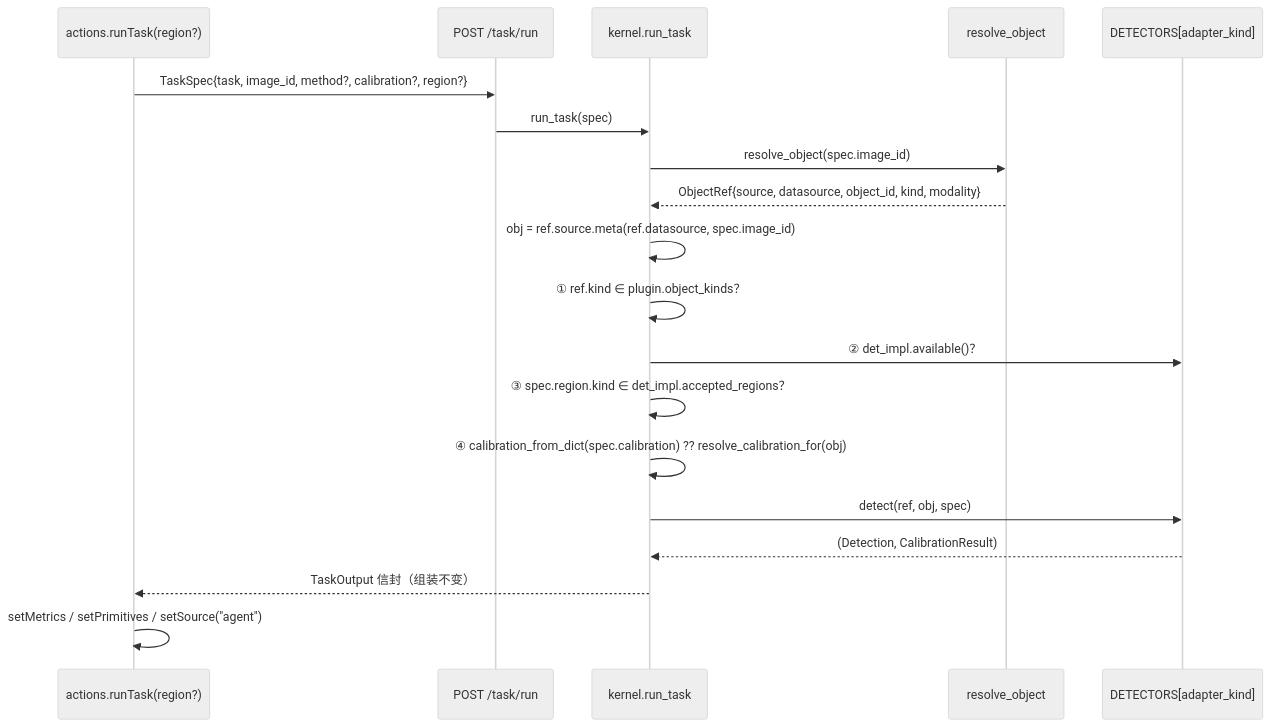
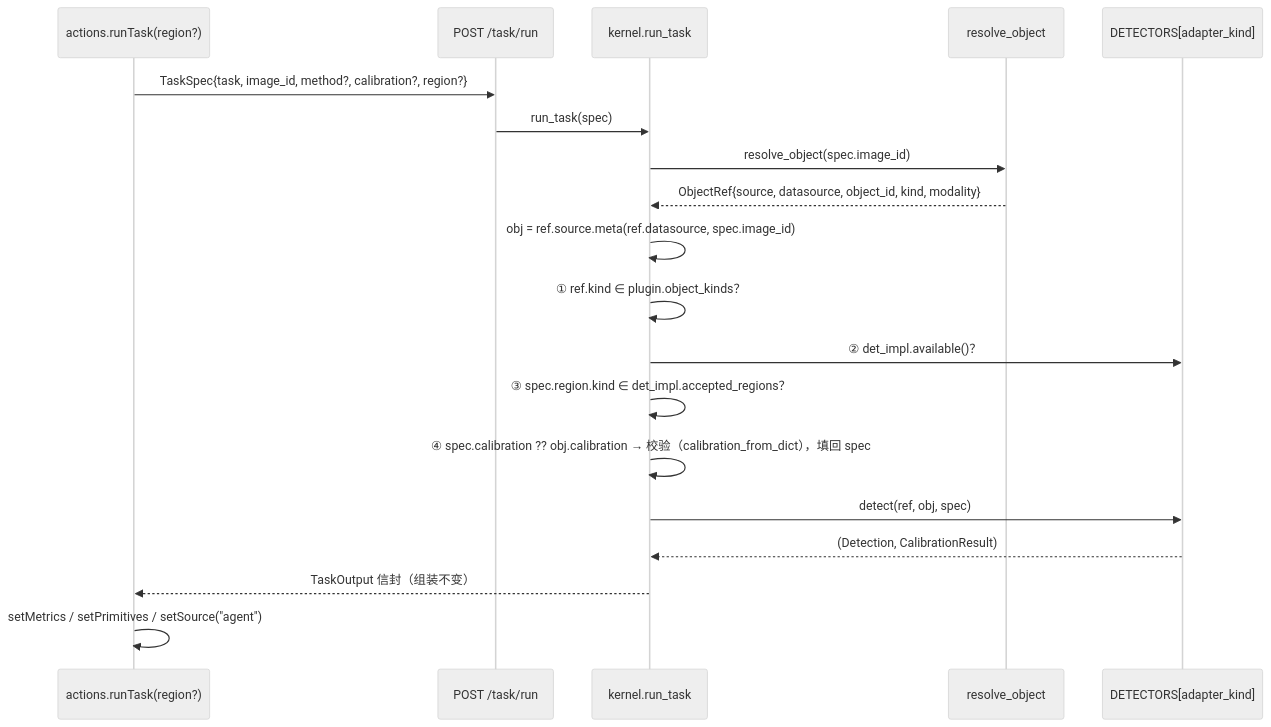
One commit to zhentai-sn/open-glaux changed the third of 6 diagrams in docs/sdd/feats/10-object-convergence/README.md. Above: the diagram before and after it, drawn with Mermaid (neutral theme). The commit also changed other lines of this file and 8 other files, not shown here.

````diff
--- a/docs/sdd/feats/10-object-convergence/README.md
+++ b/docs/sdd/feats/10-object-convergence/README.md
@@ -298,22 +298,22 @@
 ```mermaid
 sequenceDiagram
     participant A as actions.runTask(region?)
     participant B as POST /task/run
     participant K as kernel.run_task
     participant RS as resolve_object
     participant D as DETECTORS[adapter_kind]
 
     A->>B: TaskSpec{task, image_id, method?, calibration?, region?}
     B->>K: run_task(spec)
     K->>RS: resolve_object(spec.image_id)
     RS-->>K: ObjectRef{source, datasource, object_id, kind, modality}
     K->>K: obj = ref.source.meta(ref.datasource, spec.image_id)
     K->>K: ① ref.kind ∈ plugin.object_kinds？
     K->>D: ② det_impl.available()？
     K->>K: ③ spec.region.kind ∈ det_impl.accepted_regions？
-    K->>K: ④ calibration_from_dict(spec.calibration) ?? resolve_calibration_for(obj)
+    K->>K: ④ spec.calibration ?? obj.calibration → 校验（calibration_from_dict），填回 spec
     K->>D: detect(ref, obj, spec)
     D-->>K: (Detection, CalibrationResult)
     K-->>A: TaskOutput 信封（组装不变）
     A->>A: setMetrics / setPrimitives / setSource("agent")
 ```
````
